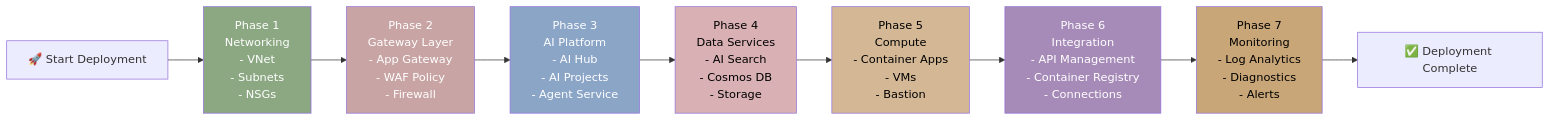
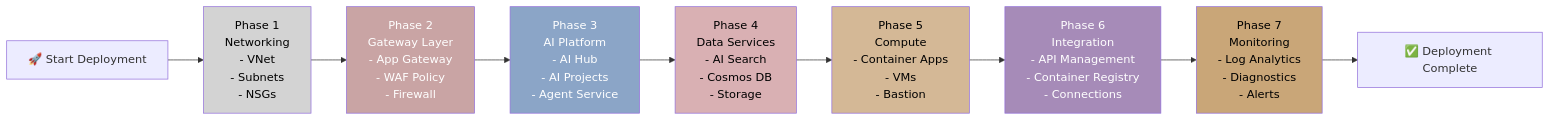
The fifth of 7 diagrams in ARCHITECTURE_DIAGRAM.md (Azure/terraform-azurerm-avm-ptn-aiml-landing-zone), drawn with Mermaid before and after one commit. The commit also changed other lines of this file, not shown here.

Commit message:
fix: update styles in architecture diagram for consistency

````diff
--- a/ARCHITECTURE_DIAGRAM.md
+++ b/ARCHITECTURE_DIAGRAM.md
@@ -383,37 +383,37 @@
 ```mermaid
 graph LR
     Start["🚀 Start Deployment"]
 
     P1["Phase 1<br/>Networking<br/>- VNet<br/>- Subnets<br/>- NSGs"]
 
     P2["Phase 2<br/>Gateway Layer<br/>- App Gateway<br/>- WAF Policy<br/>- Firewall"]
 
     P3["Phase 3<br/>AI Platform<br/>- AI Hub<br/>- AI Projects<br/>- Agent Service"]
 
     P4["Phase 4<br/>Data Services<br/>- AI Search<br/>- Cosmos DB<br/>- Storage"]
 
     P5["Phase 5<br/>Compute<br/>- Container Apps<br/>- VMs<br/>- Bastion"]
 
     P6["Phase 6<br/>Integration<br/>- API Management<br/>- Container Registry<br/>- Connections"]
 
     P7["Phase 7<br/>Monitoring<br/>- Log Analytics<br/>- Diagnostics<br/>- Alerts"]
 
     End["✅ Deployment Complete"]
 
     Start --> P1
     P1 --> P2
     P2 --> P3
     P3 --> P4
     P4 --> P5
     P5 --> P6
     P6 --> P7
     P7 --> End
 
-    style P1 fill:#8BA882,color:#fff
+    style P1 fill:#D3D3D3,color:#000
     style P2 fill:#C9A4A4,color:#fff
     style P3 fill:#8BA5C7,color:#fff
     style P4 fill:#D9B0B3,color:#000
     style P5 fill:#D4B896,color:#000
     style P6 fill:#A68BB8,color:#fff
     style P7 fill:#C9A678,color:#000
 ```
````
